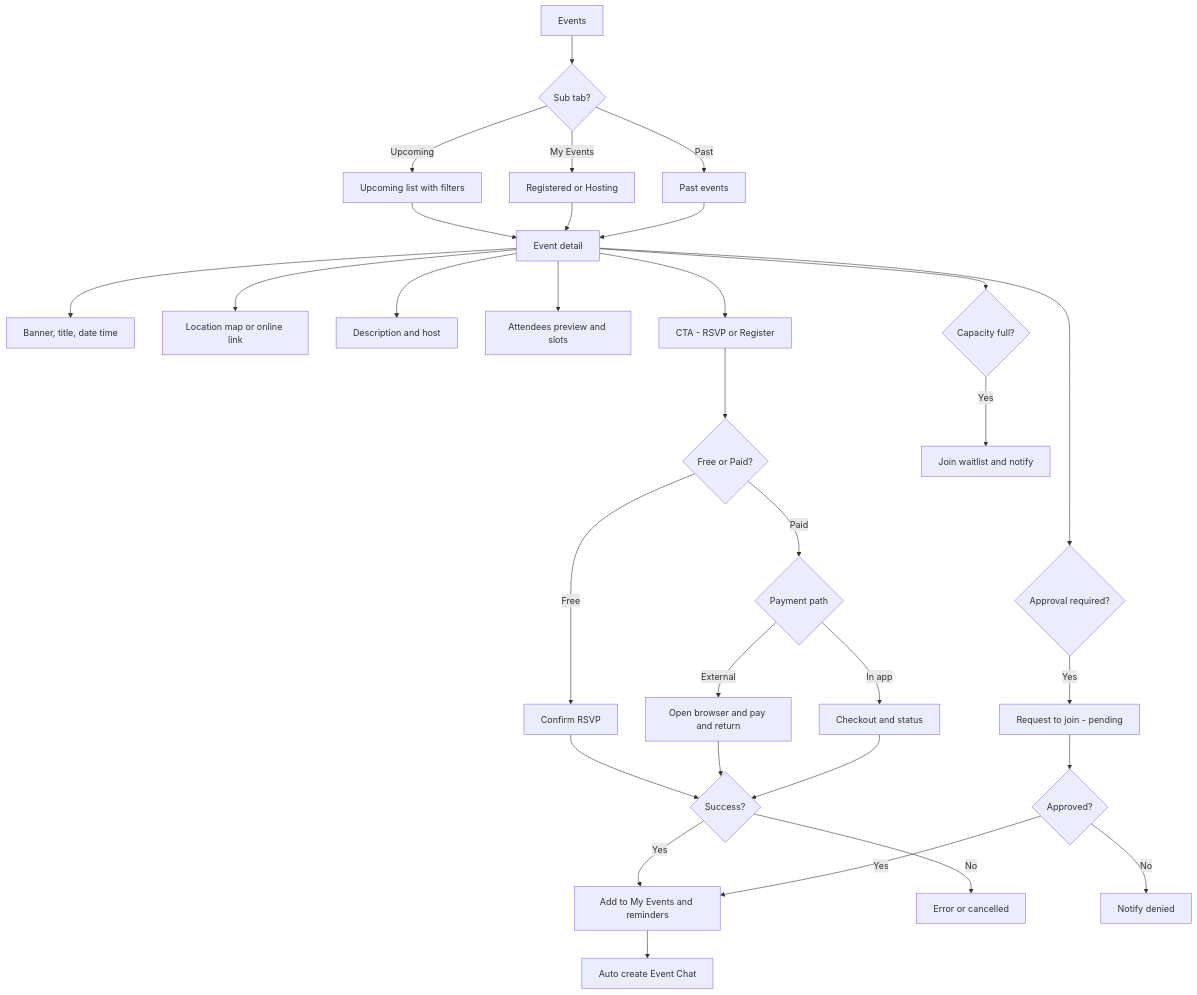
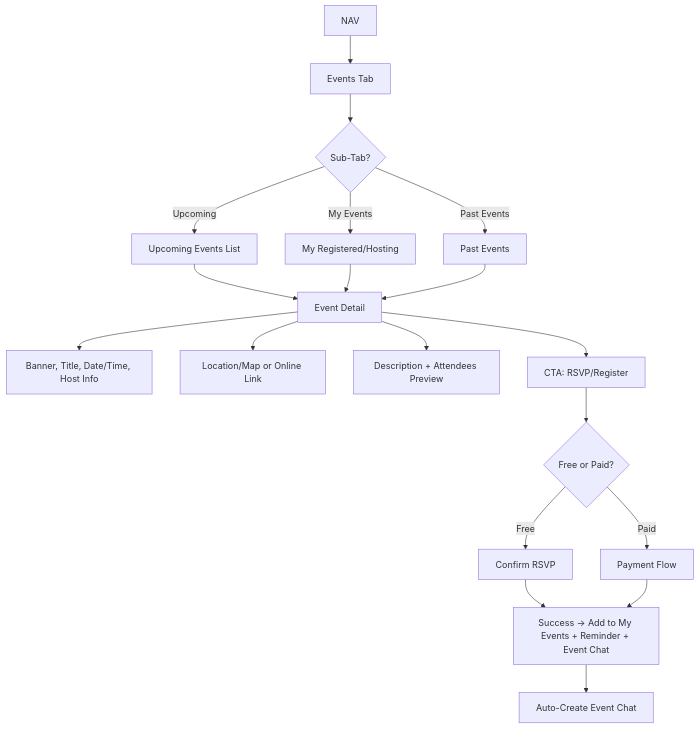
Before and after one commit to SrikanthKoti/nxtup_design: the third of 5 diagrams in nxtup_new_userflows.md, drawn with Mermaid. The commit also changed other lines of this file, not shown here.

````diff
--- a/nxtup_new_userflows.md
+++ b/nxtup_new_userflows.md
@@ -103,39 +72,27 @@
 ```mermaid
 flowchart TD
-  E0[Events] --> E1{Sub tab?}
-  E1 -- Upcoming --> E2[Upcoming list with filters]
-  E1 -- My Events --> E3[Registered or Hosting]
-  E1 -- Past --> E4[Past events]
+  NAV --> EV[Events Tab]
+  EV --> E1{Sub-Tab?}
+  E1 -- Upcoming --> E2[Upcoming Events List]
+  E1 -- My Events --> E3[My Registered/Hosting]
+  E1 -- Past Events --> E4[Past Events]
 
-  E2 --> ED[Event detail]
+  %% Event Detail
+  E2 --> ED[Event Detail]
   E3 --> ED
   E4 --> ED
 
-  ED --> ED1[Banner, title, date time]
-  ED --> ED2[Location map or online link]
-  ED --> ED3[Description and host]
-  ED --> ED4[Attendees preview and slots]
-  ED --> ED5[CTA - RSVP or Register]
+  ED --> ED1[Banner, Title, Date/Time, Host Info]
+  ED --> ED2[Location/Map or Online Link]
+  ED --> ED3[Description + Attendees Preview]
+  ED --> ED4[CTA: RSVP/Register]
 
-  ED5 --> PAY{Free or Paid?}
-  PAY -- Free --> R1[Confirm RSVP]
-  PAY -- Paid --> P1{Payment path}
-  P1 -- External --> P2[Open browser and pay and return]
-  P1 -- In app --> P3[Checkout and status]
+  %% RSVP/Register
+  ED4 --> R1{Free or Paid?}
+  R1 -- Free --> R2[Confirm RSVP]
+  R1 -- Paid --> R3[Payment Flow]
 
-  R1 --> RS{Success?}
-  P2 --> RS
-  P3 --> RS
-  RS -- Yes --> R2[Add to My Events and reminders]
-  RS -- No --> R3[Error or cancelled]
-
-  ED --> CAP{Capacity full?}
-  CAP -- Yes --> WL[Join waitlist and notify]
-  ED --> APR{Approval required?}
-  APR -- Yes --> A1[Request to join - pending]
-  A1 --> A2{Approved?}
-  A2 -- Yes --> R2
-  A2 -- No --> A3[Notify denied]
-
-  R2 --> EC[Auto create Event Chat]
+  R2 --> RS[Success → Add to My Events + Reminder + Event Chat]
+  R3 --> RS
+  RS --> CH1[Auto-Create Event Chat]
 ```
````
